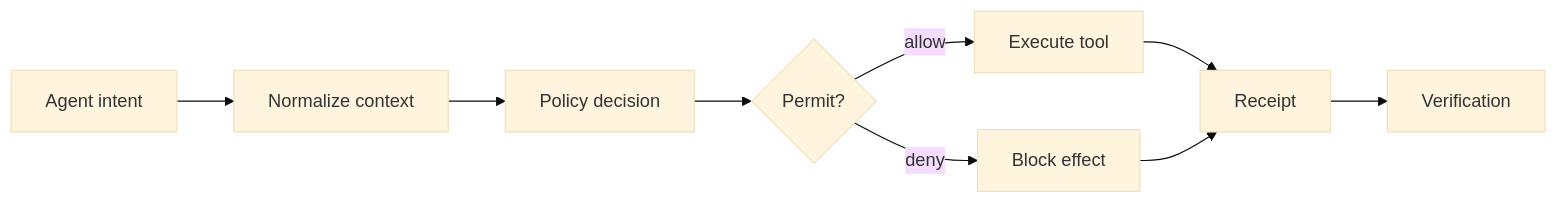
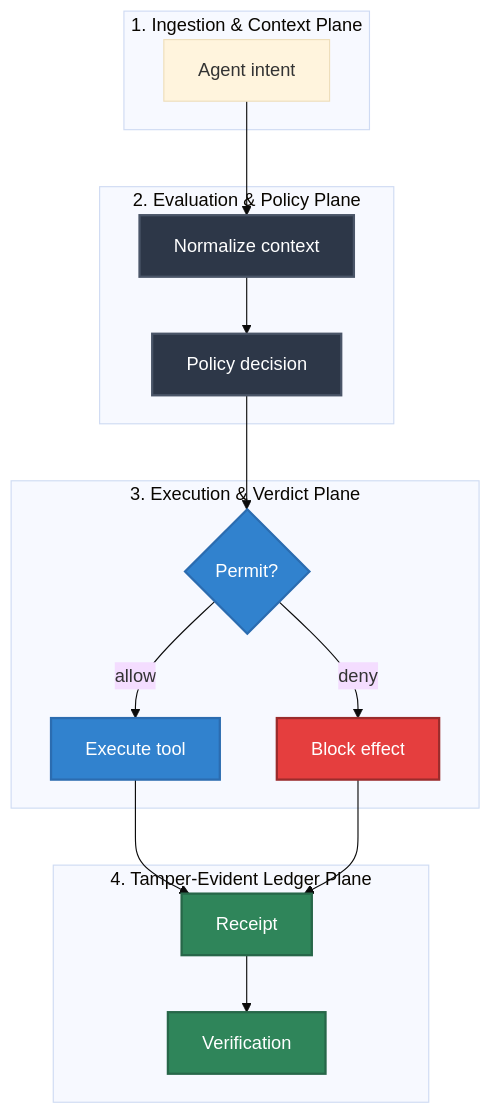
One commit to Mindburn-Labs/helm-ai-kernel changed the diagram in docs/architecture/cognitive-firewall.md. Above: the diagram before and after it, drawn with Mermaid (base theme). The commit also changed other lines of this file and 330 other files, not shown here.

````diff
--- a/docs/architecture/cognitive-firewall.md
+++ b/docs/architecture/cognitive-firewall.md
@@ -58,11 +58,41 @@
 ```mermaid
-flowchart LR
-  intent["Agent intent"] --> normalize["Normalize context"]
-  normalize --> policy["Policy decision"]
-  policy --> permit{"Permit?"}
-  permit -->|allow| execute["Execute tool"]
-  permit -->|deny| block["Block effect"]
-  execute --> receipt["Receipt"]
-  block --> receipt
-  receipt --> verify["Verification"]
+flowchart TD
+    subgraph Ingestion["1. Ingestion & Context Plane"]
+        intent["Agent intent"]
+    end
+
+    subgraph Evaluation["2. Evaluation & Policy Plane"]
+        normalize["Normalize context"]
+        policy["Policy decision"]
+    end
+
+    subgraph Execution["3. Execution & Verdict Plane"]
+        permit{"Permit?"}
+        execute["Execute tool"]
+        block["Block effect"]
+    end
+
+    subgraph Ledger["4. Tamper-Evident Ledger Plane"]
+        receipt["Receipt"]
+        verify["Verification"]
+    end
+
+    %% Operational Flow Edges
+    intent --> normalize
+    normalize --> policy
+    policy --> permit
+    permit -->|allow| execute
+    permit -->|deny| block
+    execute --> receipt
+    block --> receipt
+    receipt --> verify
+
+    %% Premium Styling Rules
+    style normalize fill:#2d3748,stroke:#4a5568,stroke-width:2px,color:#fff
+    style policy fill:#2d3748,stroke:#4a5568,stroke-width:2px,color:#fff
+    style permit fill:#3182ce,stroke:#2b6cb0,stroke-width:2px,color:#fff
+    style execute fill:#3182ce,stroke:#2b6cb0,stroke-width:2px,color:#fff
+    style block fill:#e53e3e,stroke:#9b2c2c,stroke-width:2px,color:#fff
+    style receipt fill:#2f855a,stroke:#276749,stroke-width:2px,color:#fff
+    style verify fill:#2f855a,stroke:#276749,stroke-width:2px,color:#fff
 ```
````
